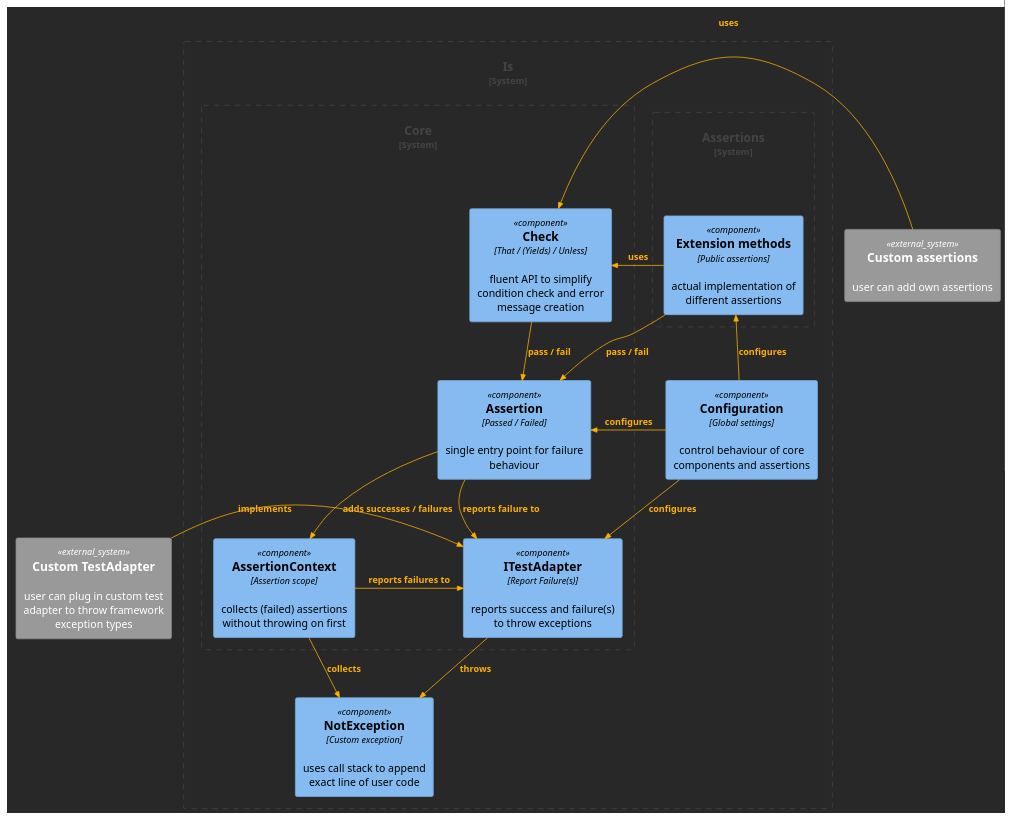
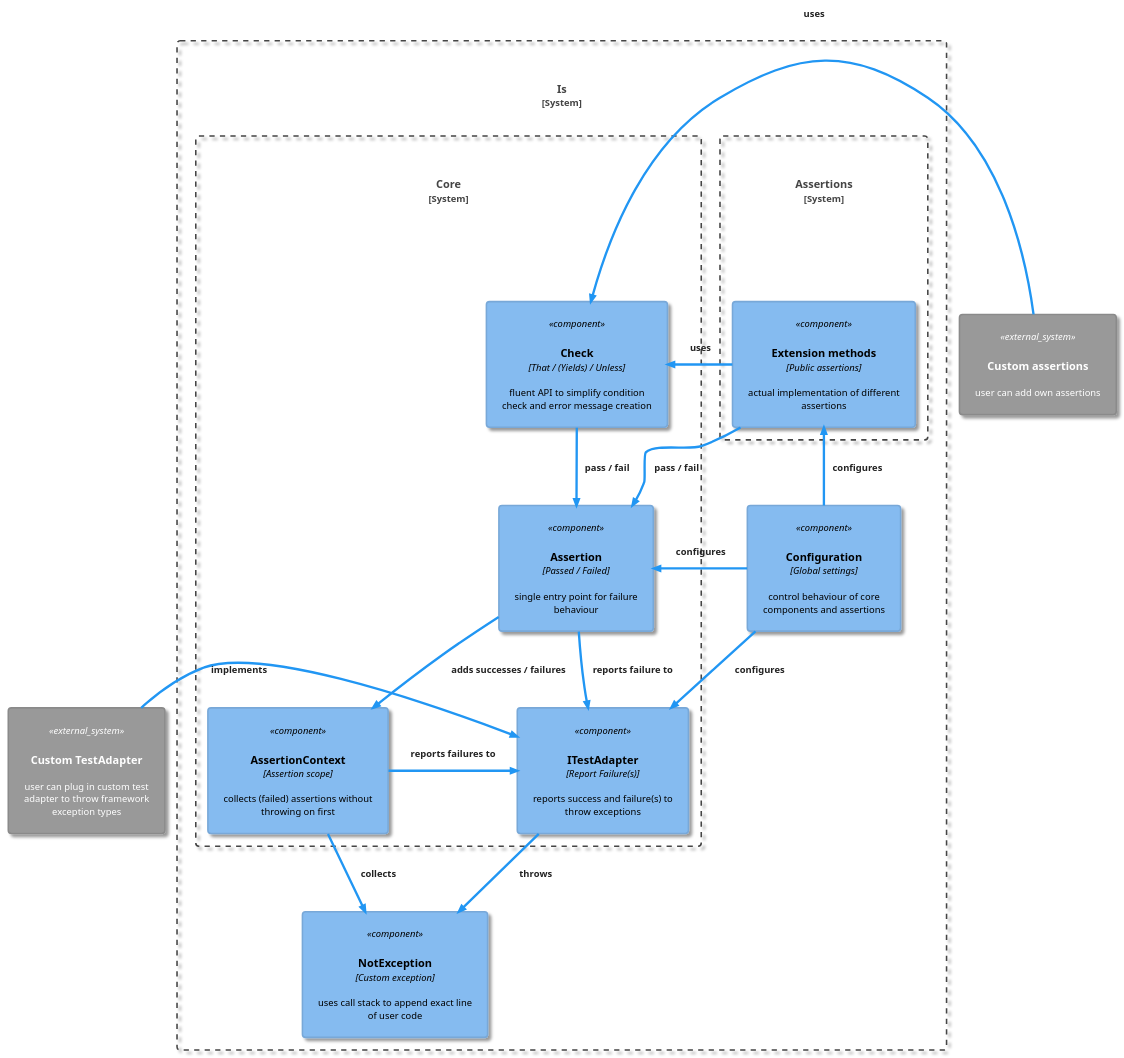
The diagram in Docs/Architecture.plantuml (chrismo80/Is), drawn with PlantUML before and after one commit. The commit also changed 1 other file, not shown here.

Commit message:
Update architecture

```diff
--- a/Docs/Architecture.plantuml
+++ b/Docs/Architecture.plantuml
@@ -1,48 +1,49 @@
 @startuml "Architecture"
 
 !include <C4/C4_Component>
 
-!theme crt-amber
+' !theme metal
+!theme materia
 
 ' left to right direction
 
 System_Ext(ca, "Custom assertions", "user can add own assertions")
 System_Ext(cta, "Custom TestAdapter", "user can plug in custom test adapter to throw framework exception types")
 
 System_Boundary(Is, "Is") {
     Component(ex, "NotException", "Custom exception", "uses call stack to append exact line of user code")
     Component(conf, "Configuration", "Global settings", "control behaviour of core components and assertions")
 
     System_Boundary(Assertions, "Assertions") {
         Component(ext, "Extension methods", "Public assertions", "actual implementation of different assertions")
         }
 
     System_Boundary(Core, "Core") {
         Component(ass, "Assertion", "Passed / Failed", "single entry point for failure behaviour")
         Component(check, "Check", "That / (Yields) / Unless", "fluent API to simplify condition check and error message creation")
         Component(ctx, "AssertionContext", "Assertion scope", "collects (failed) assertions without throwing on first")
         Component(ita, "ITestAdapter", "Report Failure(s)", "reports success and failure(s) to throw exceptions")
         }
     }
 }
 
 Rel(ass, ita, "reports failure to")
 Rel(ctx, ex, "collects")
 Rel(ita, ex, "throws")
 Rel_R(cta, ita, "implements")
 
 Rel_U(ext, check, "uses")
 Rel(ext, ass, "pass / fail")
 Rel_L(ca, check, "uses")
 
 Rel_L(ctx, ita, "reports failures to")
 
 Rel(check, ass, "pass / fail")
 Rel(ass, ctx, "adds successes / failures")
 
 Rel_R(conf, ass, "configures")
 Rel(conf, ita, "configures")
 Rel_U(conf, ext, "configures")
 
 
 @enduml
```
